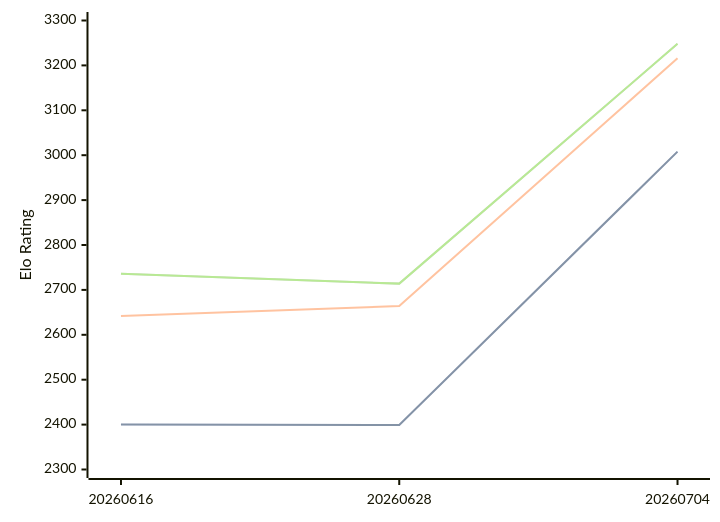
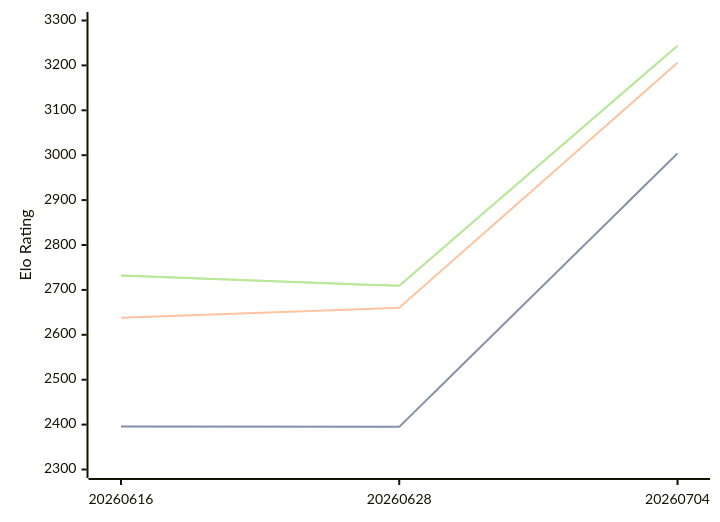
Before and after one commit to computer-chess-index/cci: the first of 3 diagrams in engines/Askaig.md, drawn with Mermaid. The commit also changed other lines of this file, not shown here.

Commit message:
Update CCI Ratings (ELO VLTC) - 2026-07-16

````diff
--- a/engines/Askaig.md
+++ b/engines/Askaig.md
@@ -35,11 +35,11 @@
 ```mermaid
 %%{init: {"theme":"base","themeVariables":{"seriesColors:['#a3a3a3','#222221','#faa371']}}}%%
 xychart-beta
   x-axis ["20260616", "20260628", "20260704"]
   y-axis "Elo Rating" 2300 --> 3300
-  line "STC (8.0+0.08s)" [2400, 2399, 3008]
-  line "STC (8.0+0.08s)" [2400, 2399, 3008]
-  line "LTC (60.0+0.60s)" [2642, 2664, 3216]
-  line "VLTC (2m24s+1.12s)" [2736, 2714, 3248]
-  line "VLTC (2m24s+1.12s)" [2736, 2714, 3248]
+  line "STC (8.0+0.08s)" [2396, 2395, 3004]
+  line "STC (8.0+0.08s)" [2396, 2395, 3004]
+  line "LTC (60.0+0.60s)" [2638, 2660, 3206]
+  line "VLTC (2m24s+1.12s)" [2732, 2709, 3244]
+  line "VLTC (2m24s+1.12s)" [2732, 2709, 3244]
 ```
````
